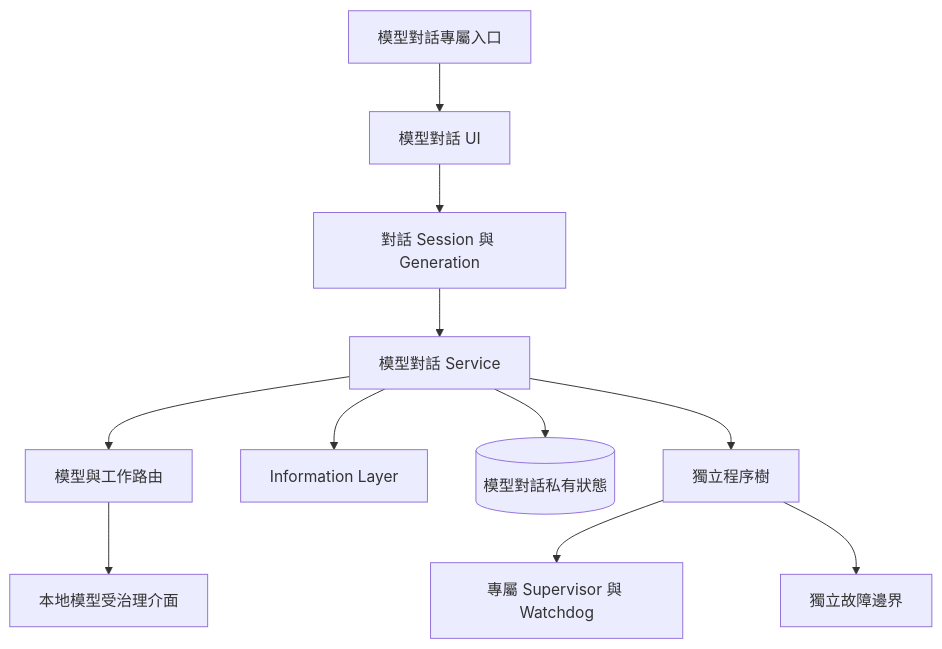
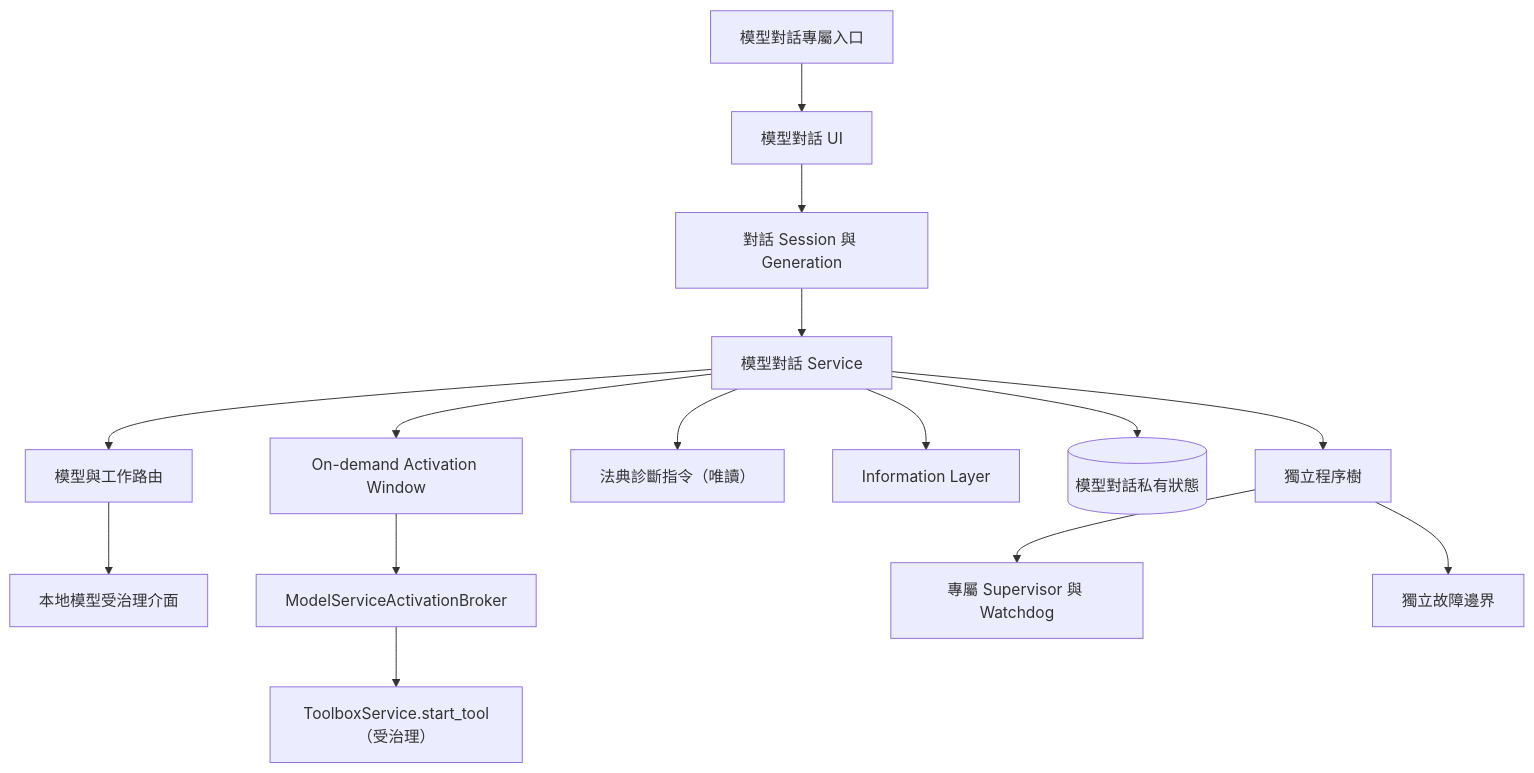
The diagram in governance_rule/codex/architecture-tool-model-dialogue.md (guilty442-source/GPTBridge), drawn with Mermaid before and after one commit. The commit also changed other lines of this file and 9 other files, not shown here.

Commit message:
Codex: complete all 12 architecture diagrams (git, local-model, model-dialogue, ai-assistant, ai-collaboration, file-sorter, investment-mobile, vaultly) + hash rebind; blueprint synced

````diff
--- a/governance_rule/codex/architecture-tool-model-dialogue.md
+++ b/governance_rule/codex/architecture-tool-model-dialogue.md
@@ -3,13 +3,17 @@
 ```mermaid
 flowchart TB
   ENTRY[模型對話專屬入口] --> UI[模型對話 UI]
   UI --> SESSION[對話 Session 與 Generation]
   SESSION --> SERVICE[模型對話 Service]
   SERVICE --> ROUTER[模型與工作路由]
   ROUTER --> LOCAL[本地模型受治理介面]
+  SERVICE --> ACTIVATE[On-demand Activation Window]
+  ACTIVATE --> BROKER[ModelServiceActivationBroker]
+  BROKER --> TOOLBOX[ToolboxService.start_tool（受治理）]
+  SERVICE --> DIAG[法典診斷指令（唯讀）]
   SERVICE --> INFO[Information Layer]
   SERVICE --> STATE[(模型對話私有狀態)]
   SERVICE --> PROC[獨立程序樹]
   PROC --> SUP[專屬 Supervisor 與 Watchdog]
   PROC --> FAULT[獨立故障邊界]
 ```
````
